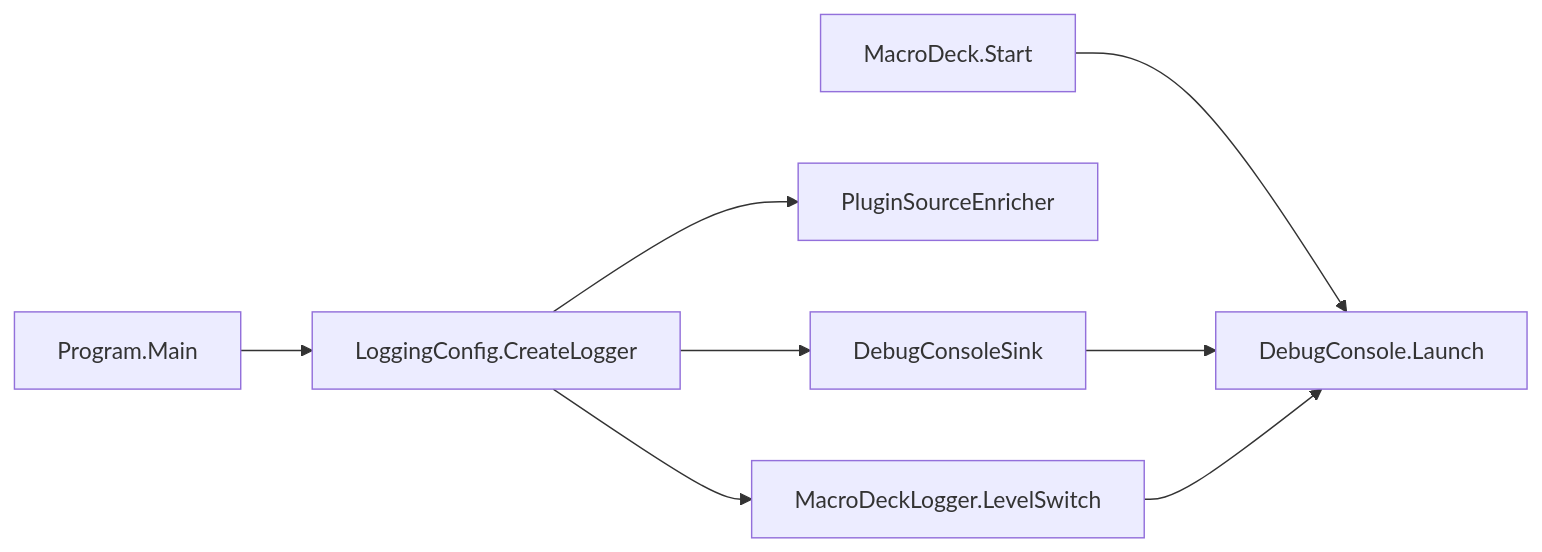
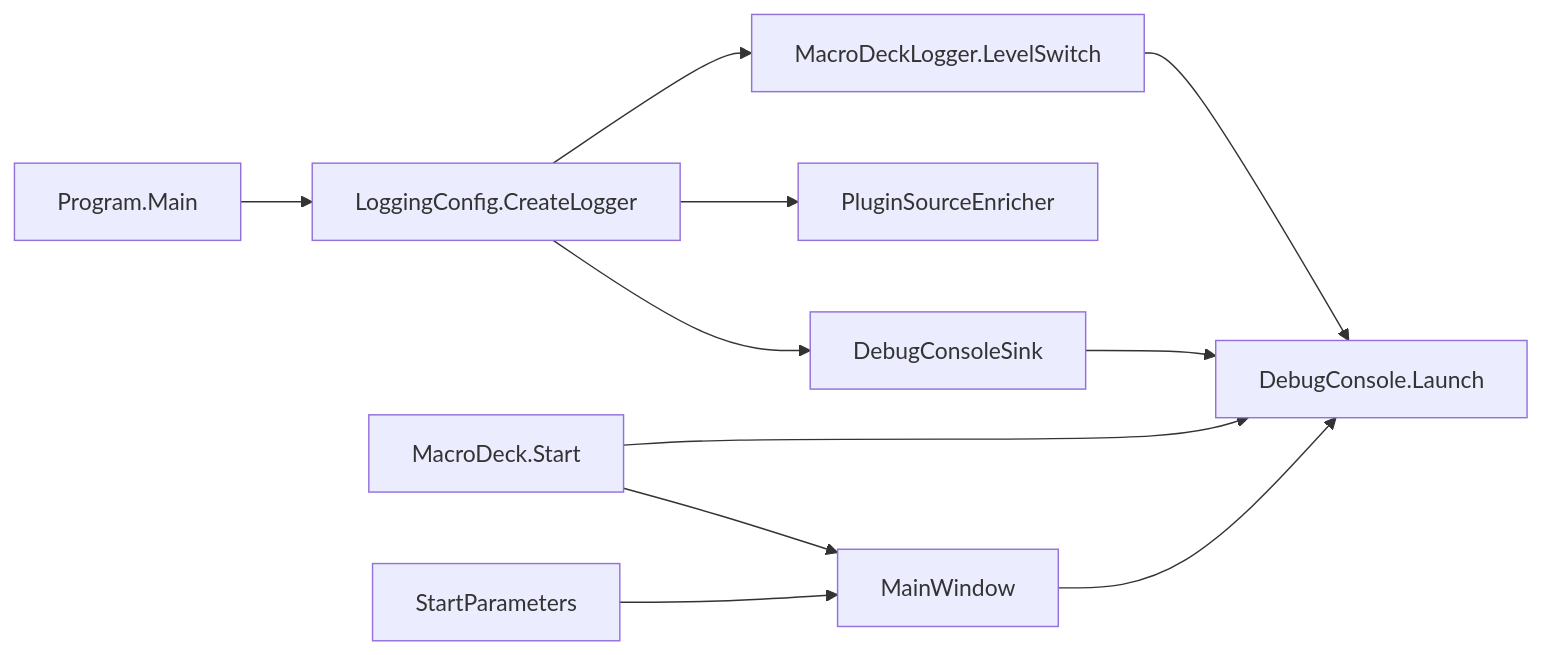
One commit to tea4go/Macro-Deck changed the seventh of 7 diagrams in .qoder/repowiki/zh/content/日志和监控/调试控制台.md. Above: the diagram before and after it, drawn with Mermaid. The commit also changed other lines of this file and 63 other files, not shown here.

````diff
--- a/.qoder/repowiki/zh/content/日志和监控/调试控制台.md
+++ b/.qoder/repowiki/zh/content/日志和监控/调试控制台.md
@@ -242,10 +307,13 @@
 ```mermaid
 graph LR
 Program["Program.Main"] --> LoggingConfig["LoggingConfig.CreateLogger"]
 LoggingConfig --> MacroDeckLogger["MacroDeckLogger.LevelSwitch"]
 LoggingConfig --> PluginSourceEnricher["PluginSourceEnricher"]
 LoggingConfig --> DebugConsoleSink["DebugConsoleSink"]
 MacroDeck["MacroDeck.Start"] --> DebugConsole["DebugConsole.Launch"]
+MacroDeck --> MainWindow["MainWindow"]
+StartParameters["StartParameters"] --> MainWindow
+MainWindow --> DebugConsole
 DebugConsoleSink --> DebugConsole
 MacroDeckLogger --> DebugConsole
 ```
````
